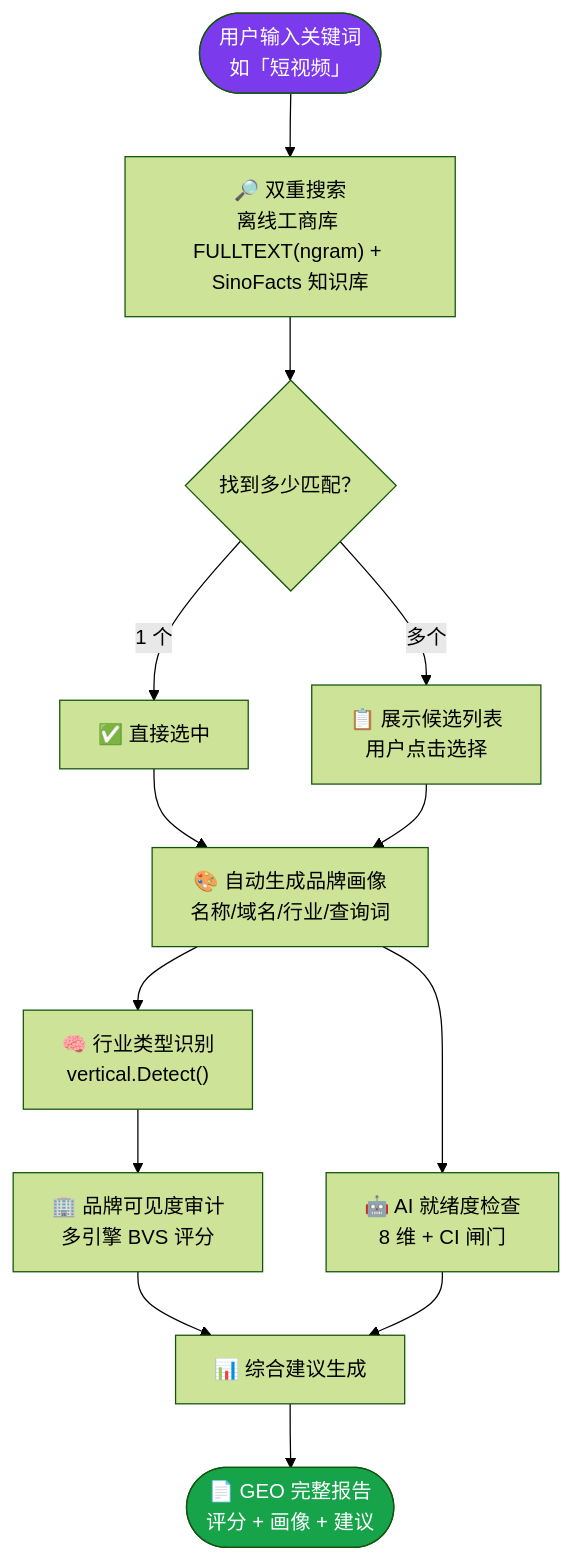
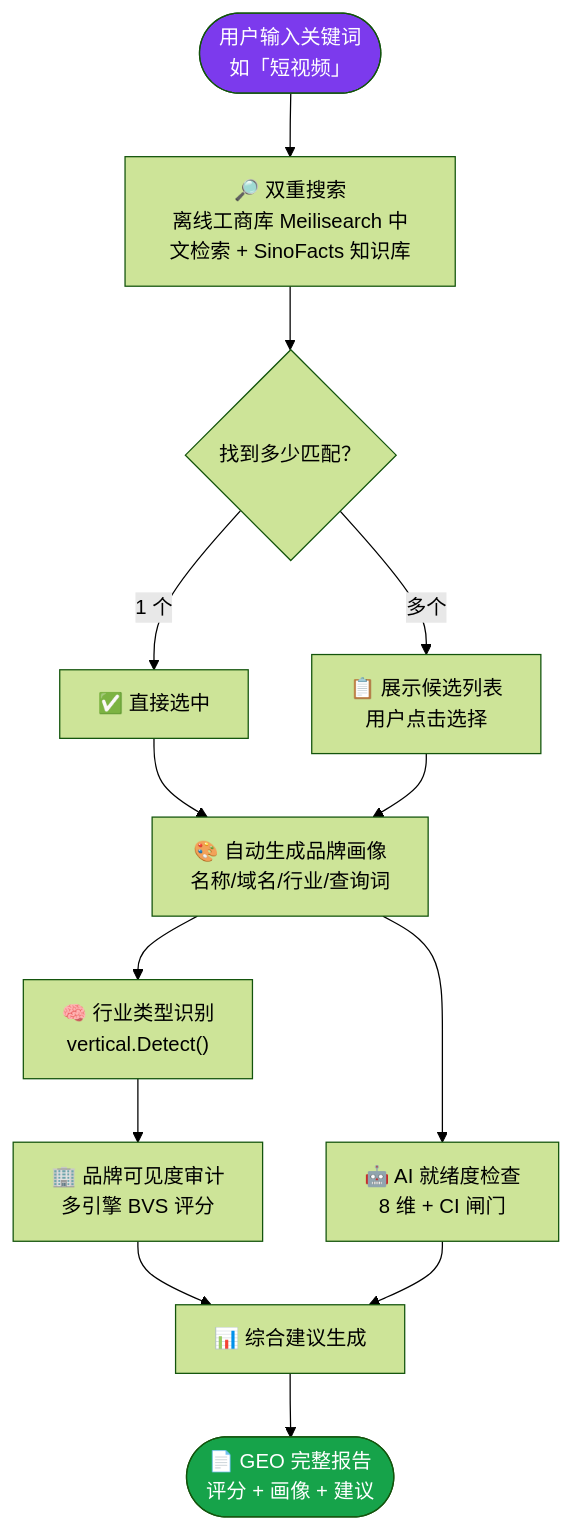
The eighth of 13 diagrams in README.md (deep2code/geo), drawn with Mermaid (forest theme) before and after one commit. The commit also changed other lines of this file and 12 other files, not shown here.

````diff
--- a/README.md
+++ b/README.md
@@ -315,18 +434,18 @@
 ```mermaid
 flowchart TD
-    START([用户输入关键词<br/>如「短视频」]) --> 1["🔎 双重搜索<br/>离线工商库 FULLTEXT(ngram) + SinoFacts 知识库"]
+    START([用户输入关键词<br/>如「短视频」]) --> 1["🔎 双重搜索<br/>离线工商库 Meilisearch 中文检索 + SinoFacts 知识库"]
     1 --> 2{"找到多少匹配？"}
     2 -->|"1 个"| 3["✅ 直接选中"]
     2 -->|"多个"| 4["📋 展示候选列表<br/>用户点击选择"]
     3 --> 5
     4 --> 5["🎨 自动生成品牌画像<br/>名称/域名/行业/查询词"]
     5 --> 6["🧠 行业类型识别<br/>vertical.Detect()"]
     6 --> 7["🏢 品牌可见度审计<br/>多引擎 BVS 评分"]
     5 --> 8["🤖 AI 就绪度检查<br/>8 维 + CI 闸门"]
     7 --> 9["📊 综合建议生成"]
     8 --> 9
     9 --> END([📄 GEO 完整报告<br/>评分 + 画像 + 建议])
 
     style START fill:#7c3aed,color:#fff
     style END fill:#16a34a,color:#fff
 ```
````
